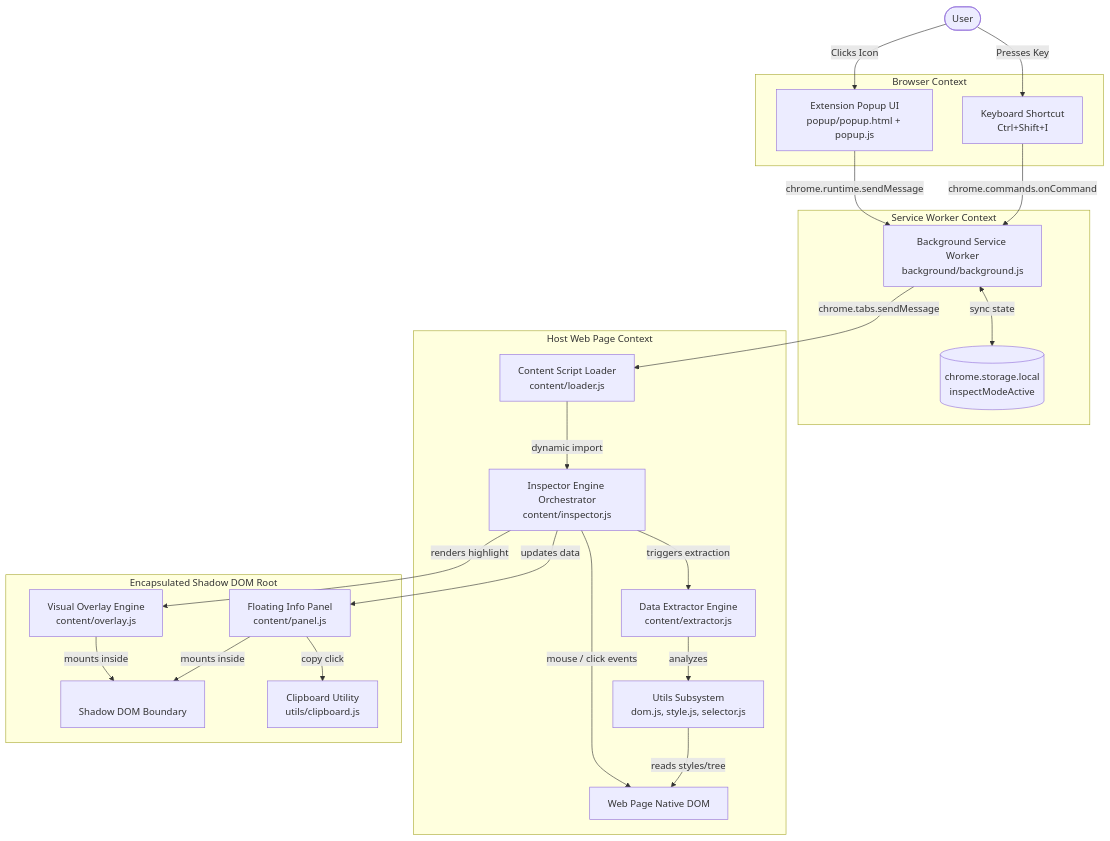
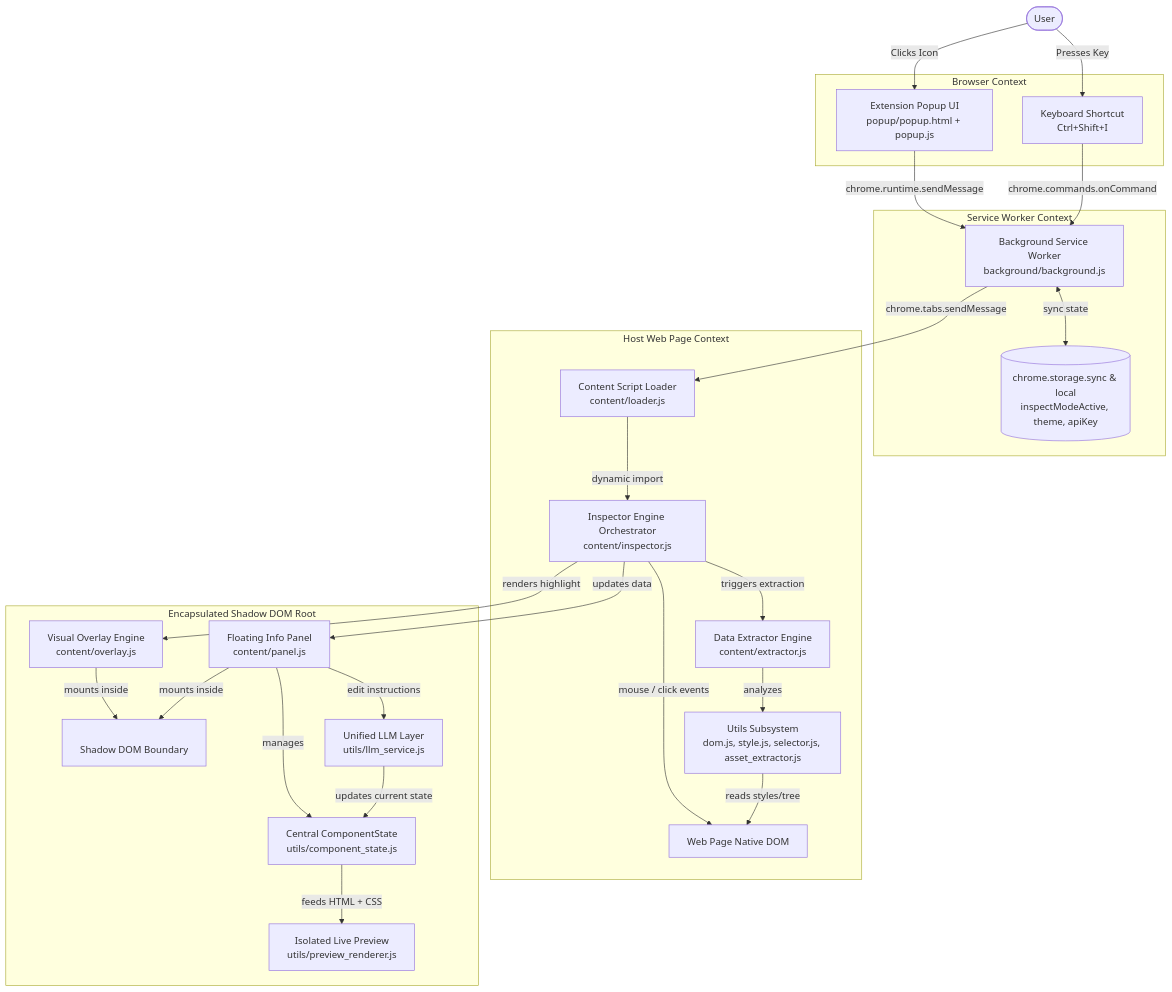
Before and after one commit to ChiragVasava/DOMLens: the diagram in MD_Files/05_SYSTEM_ARCHITECTURE.md, drawn with Mermaid. The commit also changed other lines of this file and 21 other files, not shown here.

Commit message:
feat: full refactor with ComponentState, preview isolation, LLM Edit, and Code tab restricted to HTML+CSS and React

````diff
--- a/MD_Files/05_SYSTEM_ARCHITECTURE.md
+++ b/MD_Files/05_SYSTEM_ARCHITECTURE.md
@@ -10,51 +10,56 @@
 ```mermaid
 graph TD
     User([User])
     
     subgraph Browser Context
         PopupUI[Extension Popup UI<br/>popup/popup.html + popup.js]
         ShortcutCmd[Keyboard Shortcut<br/>Ctrl+Shift+I]
     end
 
     subgraph Service Worker Context
         Background[Background Service Worker<br/>background/background.js]
-        Storage[(chrome.storage.local<br/>inspectModeActive)]
+        Storage[(chrome.storage.sync & local<br/>inspectModeActive, theme, apiKey)]
     end
 
     subgraph Host Web Page Context
         ContentLoader[Content Script Loader<br/>content/loader.js]
         Engine[Inspector Engine Orchestrator<br/>content/inspector.js]
         Extractor[Data Extractor Engine<br/>content/extractor.js]
-        Utils[Utils Subsystem<br/>dom.js, style.js, selector.js]
+        Utils[Utils Subsystem<br/>dom.js, style.js, selector.js, asset_extractor.js]
         HostDOM[Web Page Native DOM]
     end
 
     subgraph Encapsulated Shadow DOM Root
         ShadowRoot[<website-inspector-root><br/>Shadow DOM Boundary]
         Overlay[Visual Overlay Engine<br/>content/overlay.js]
         Panel[Floating Info Panel<br/>content/panel.js]
-        Clipboard[Clipboard Utility<br/>utils/clipboard.js]
+        CompState[Central ComponentState<br/>utils/component_state.js]
+        LiveRenderer[Isolated Live Preview<br/>utils/preview_renderer.js]
+        LLMService[Unified LLM Layer<br/>utils/llm_service.js]
     end
 
     User -->|Clicks Icon| PopupUI
     User -->|Presses Key| ShortcutCmd
     
     PopupUI -->|chrome.runtime.sendMessage| Background
     ShortcutCmd -->|chrome.commands.onCommand| Background
 
     Background <-->|sync state| Storage
     Background -->|chrome.tabs.sendMessage| ContentLoader
     ContentLoader -->|dynamic import| Engine
 
     Engine -->|mouse / click events| HostDOM
     Engine -->|triggers extraction| Extractor
     Extractor -->|analyzes| Utils
     Utils -->|reads styles/tree| HostDOM
 
     Engine -->|renders highlight| Overlay
     Engine -->|updates data| Panel
+    Panel -->|manages| CompState
+    CompState -->|feeds HTML + CSS| LiveRenderer
+    Panel -->|edit instructions| LLMService
+    LLMService -->|updates current state| CompState
 
     Overlay -->|mounts inside| ShadowRoot
     Panel -->|mounts inside| ShadowRoot
-    Panel -->|copy click| Clipboard
 ```
````
